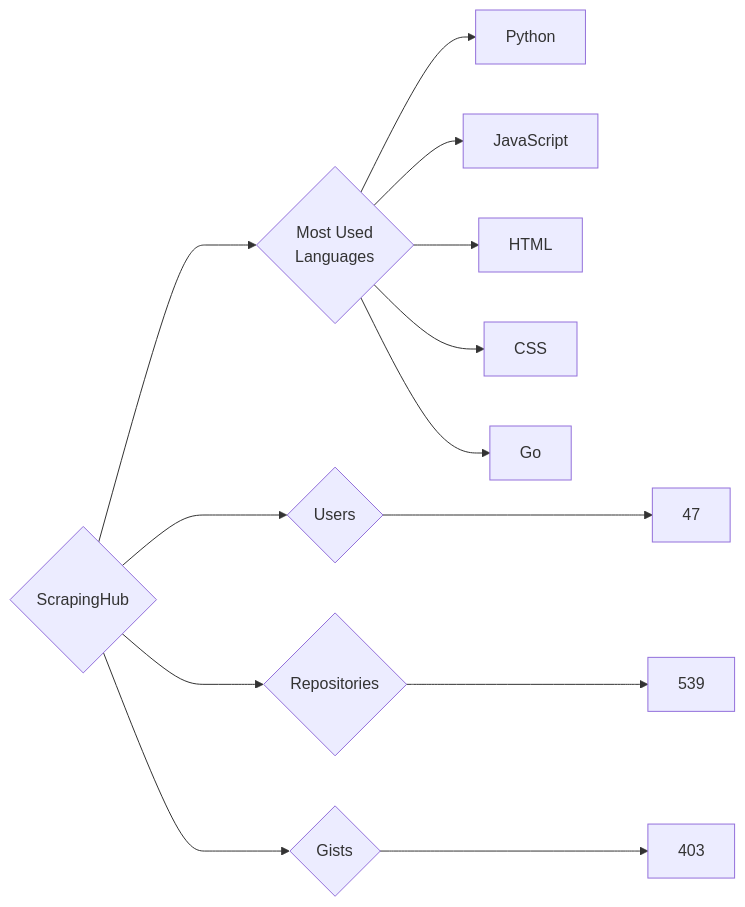
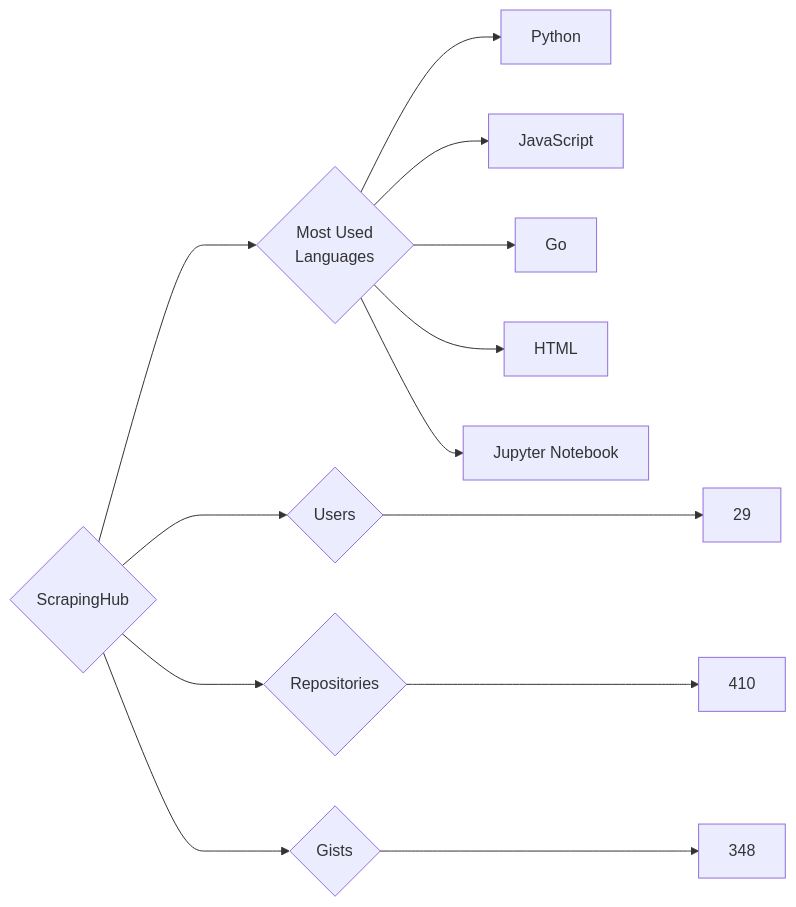
One commit to trickest/insiders changed the diagram in targets/ScrapingHub/README.md. Above: the diagram before and after it, drawn with Mermaid. The commit also changed 794 other files, not shown here.

````diff
--- a/targets/ScrapingHub/README.md
+++ b/targets/ScrapingHub/README.md
@@ -3,13 +3,13 @@
 ```mermaid
 graph LR
 COMPANY_NAME{ScrapingHub}
-COMPANY_NAME ---> U{Users} ---> UN[47]
-COMPANY_NAME ---> R{Repositories} ---> RN[539]
-COMPANY_NAME ---> G{Gists} ---> GN[403]
+COMPANY_NAME ---> U{Users} ---> UN[29]
+COMPANY_NAME ---> R{Repositories} ---> RN[410]
+COMPANY_NAME ---> G{Gists} ---> GN[348]
 COMPANY_NAME ---> ML{Most Used<br>Languages}
 ML --> Python[Python]
 ML --> JavaScript[JavaScript]
+ML --> Go[Go]
 ML --> HTML[HTML]
-ML --> CSS[CSS]
-ML --> Go[Go]
+ML --> Jupyter_Notebook[Jupyter Notebook]
 ```
````
